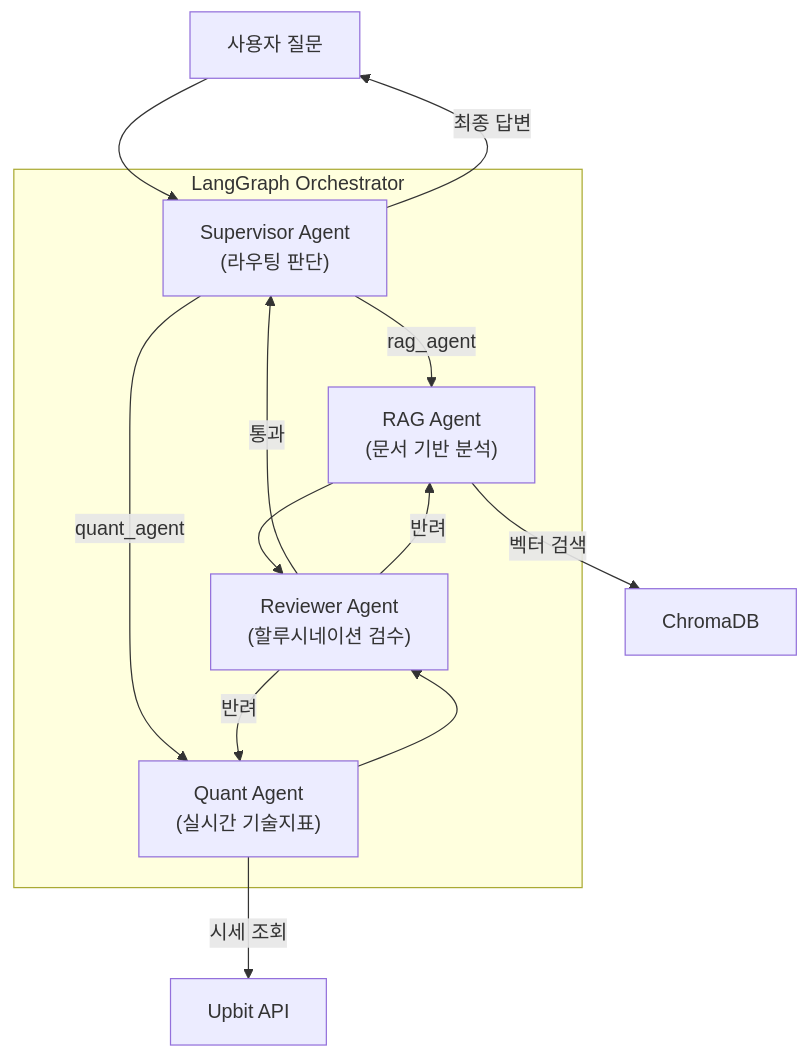
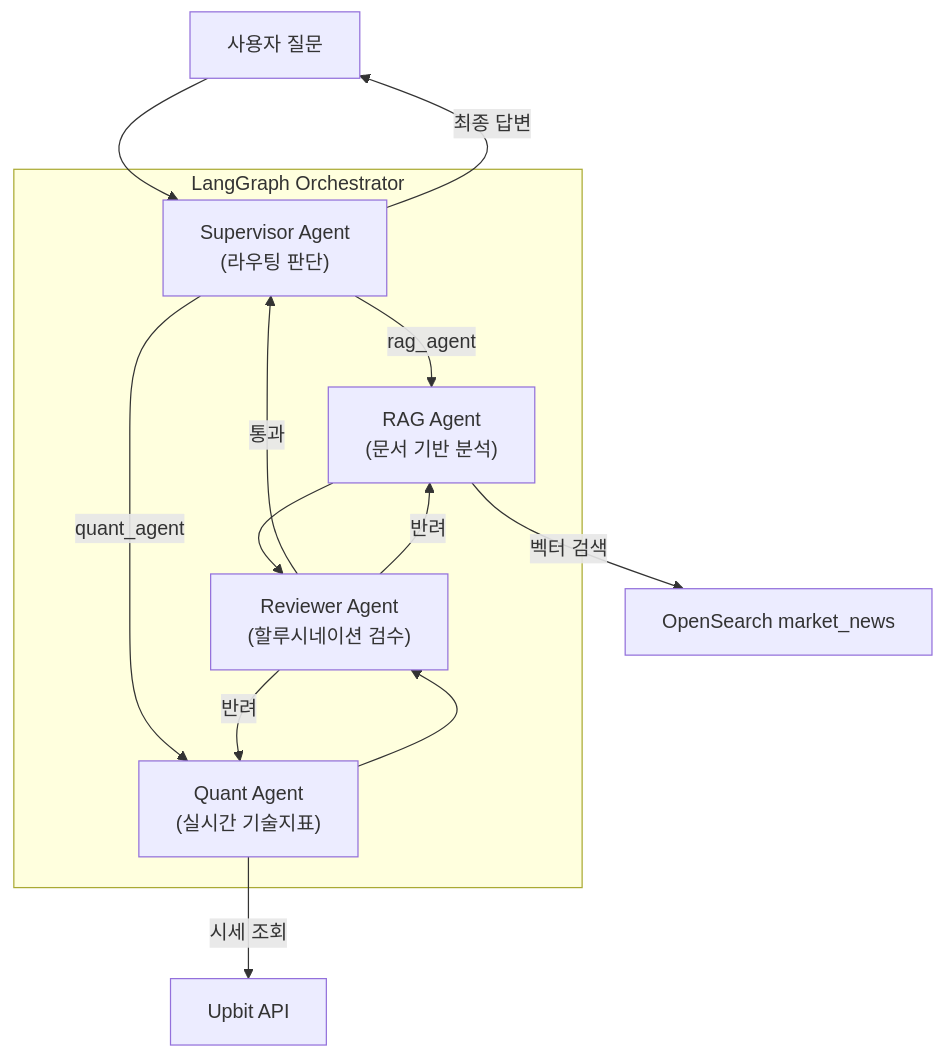
One commit to kaero313/ai-trade-manager changed the third of 3 diagrams in docs/ARCHITECTURE.md. Above: the diagram before and after it, drawn with Mermaid. The commit also changed other lines of this file and 10 other files, not shown here.

````diff
--- a/docs/ARCHITECTURE.md
+++ b/docs/ARCHITECTURE.md
@@ -85,23 +85,23 @@
 ```mermaid
 graph TD
     User["사용자 질문"] --> Supervisor
     
     subgraph LangGraph Orchestrator
         Supervisor["Supervisor Agent<br/>(라우팅 판단)"]
         RAG["RAG Agent<br/>(문서 기반 분석)"]
         Quant["Quant Agent<br/>(실시간 기술지표)"]
         Reviewer["Reviewer Agent<br/>(할루시네이션 검수)"]
         
         Supervisor -->|rag_agent| RAG
         Supervisor -->|quant_agent| Quant
         RAG --> Reviewer
         Quant --> Reviewer
         Reviewer -->|통과| Supervisor
         Reviewer -->|반려| RAG
         Reviewer -->|반려| Quant
     end
     
-    RAG -->|벡터 검색| ChromaDB["ChromaDB"]
+    RAG -->|벡터 검색| OpenSearch["OpenSearch market_news"]
     Quant -->|시세 조회| Upbit["Upbit API"]
     Supervisor -->|최종 답변| User
 ```
````
